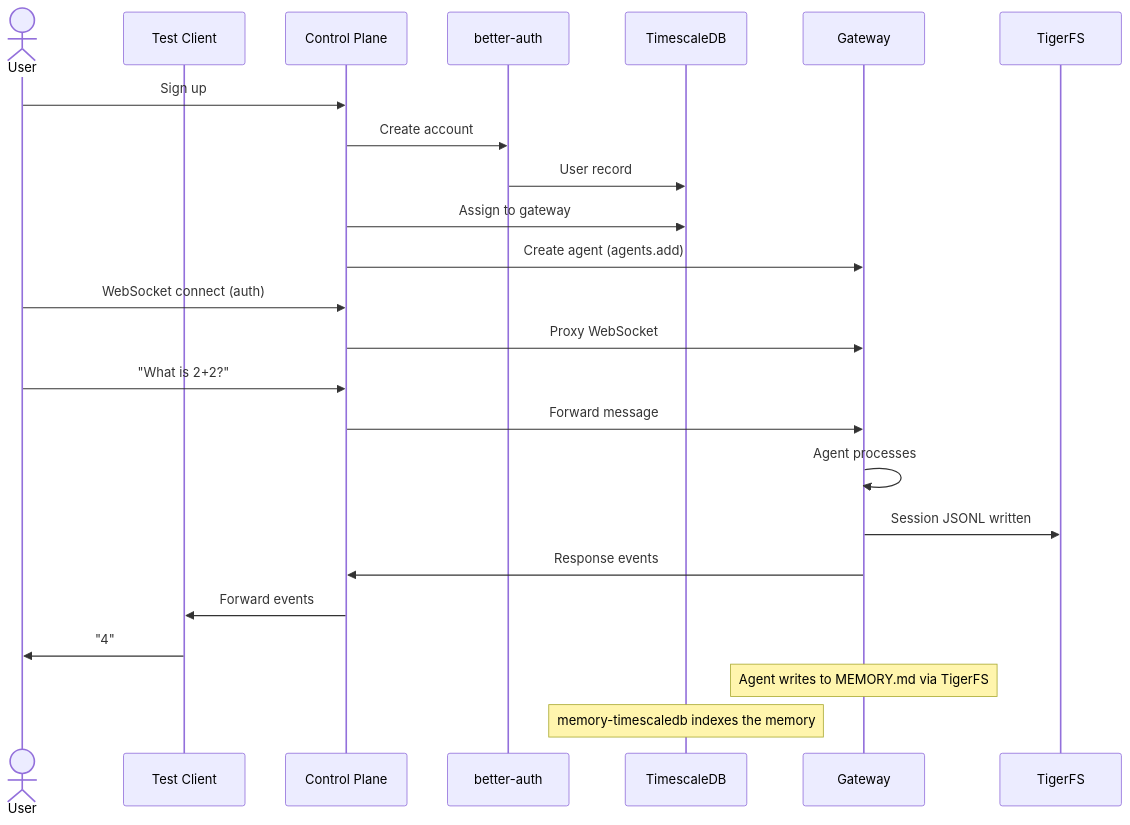
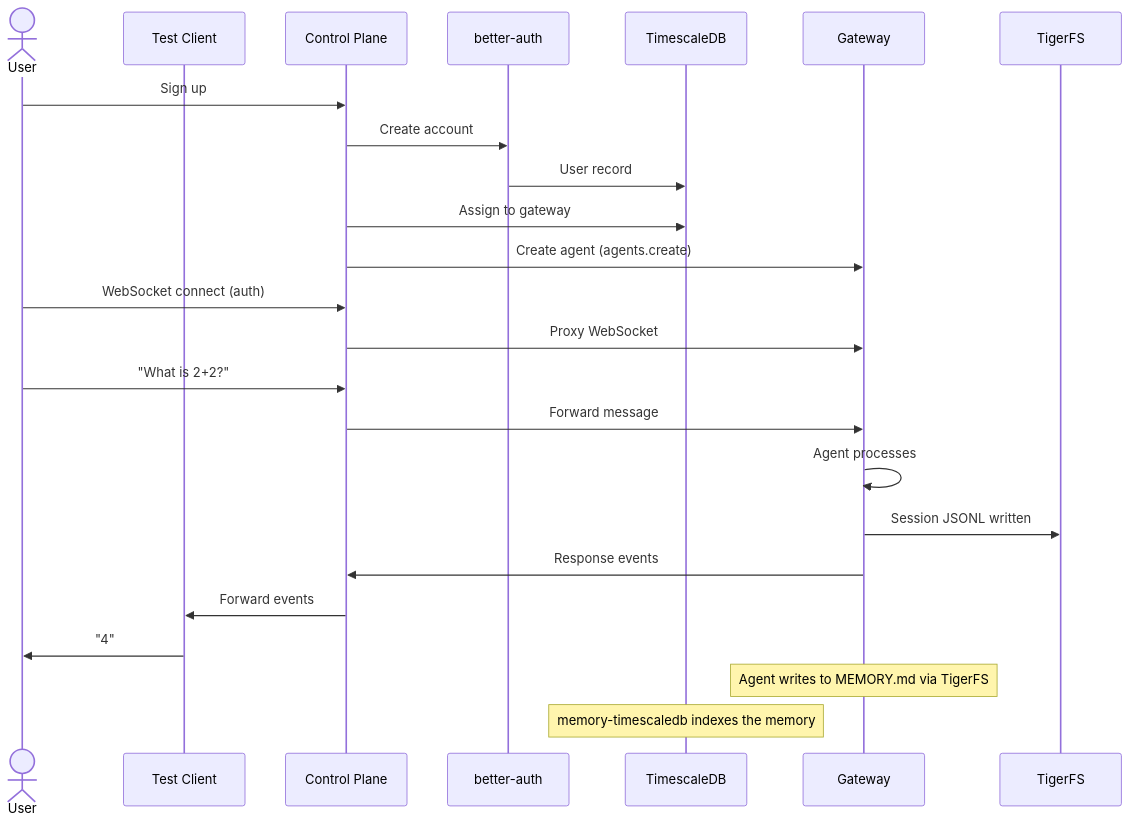
Before and after one commit to 1qh/claw: the fifth of 5 diagrams in plan/02-gateway.md, drawn with Mermaid. The commit also changed other lines of this file and 7 other files, not shown here.

Commit message:
Fix 10 fresh review findings: ER diagram, denial-of-wallet dependency, Helmet, clarification routing, email encoding, billing scope

````diff
--- a/plan/02-gateway.md
+++ b/plan/02-gateway.md
@@ -309,30 +309,30 @@
 ```mermaid
 sequenceDiagram
     actor User
     participant FE as Test Client
     participant CP as Control Plane
     participant BA as better-auth
     participant DB as TimescaleDB
     participant GW as Gateway
     participant TFS as TigerFS
 
     User->>CP: Sign up
     CP->>BA: Create account
     BA->>DB: User record
     CP->>DB: Assign to gateway
-    CP->>GW: Create agent (agents.add)
+    CP->>GW: Create agent (agents.create)
 
     User->>CP: WebSocket connect (auth)
     CP->>GW: Proxy WebSocket
 
     User->>CP: "What is 2+2?"
     CP->>GW: Forward message
     GW->>GW: Agent processes
     GW->>TFS: Session JSONL written
     GW->>CP: Response events
     CP->>FE: Forward events
     FE->>User: "4"
 
     Note over GW: Agent writes to MEMORY.md via TigerFS
     Note over DB: memory-timescaledb indexes the memory
 ```
````
